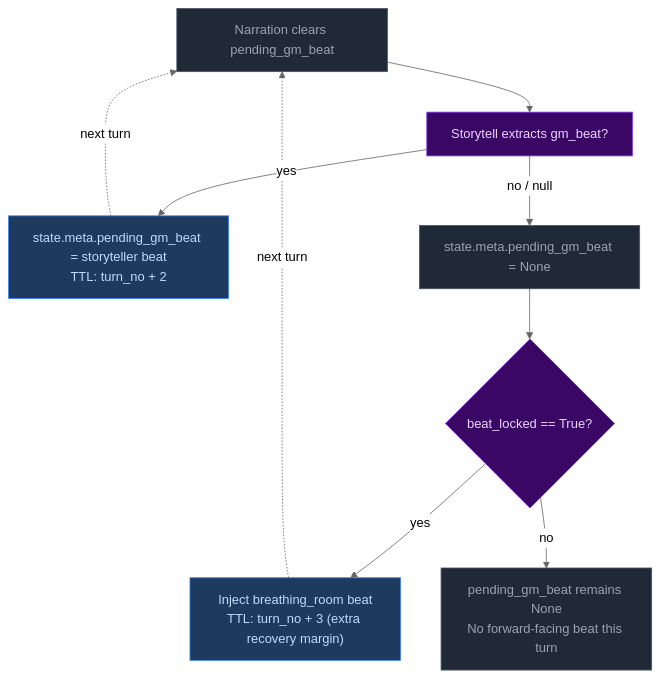
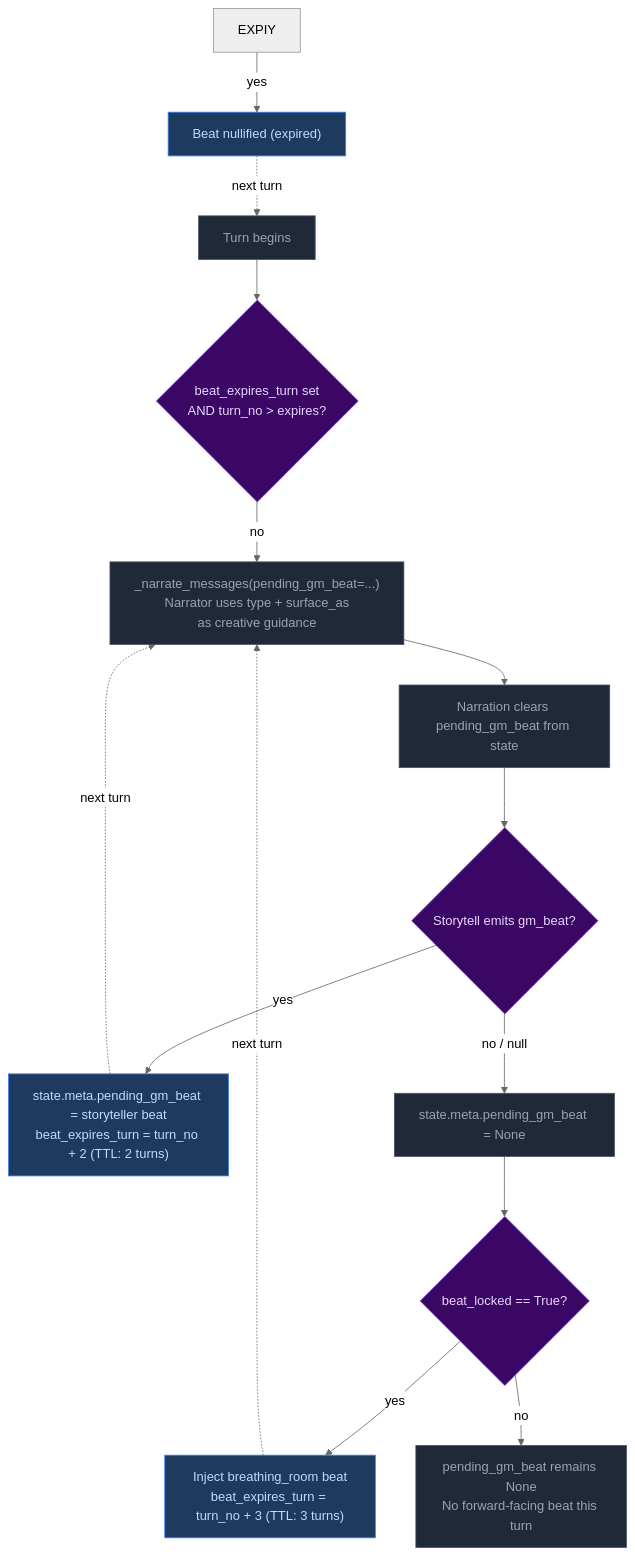
One commit to pww217/fablethread changed the second of 4 diagrams in docs/architecture/step2c-progress.md. Above: the diagram before and after it, drawn with Mermaid (neutral theme). The commit also changed other lines of this file and 6 other files, not shown here.

First line of the commit message:
docs(architecture): fold concept docs into step docs

````diff
--- a/docs/architecture/step2c-progress.md
+++ b/docs/architecture/step2c-progress.md
@@ -79,19 +75,28 @@
 ```mermaid
 flowchart TD
     classDef pyNode fill:#1f2937,color:#9ca3af,stroke:#4b5563
     classDef decision fill:#3b0764,color:#e9d5ff,stroke:#7c3aed
     classDef output fill:#1e3a5f,color:#bfdbfe,stroke:#3b82f6
 
-    NARR["Narration clears pending_gm_beat"]:::pyNode
-    
-    NARR --> STORYLLM["Storytell extracts gm_beat?"]:::decision
-    STORYLLM -- "yes" --> STORED["state.meta.pending_gm_beat = storyteller beat<br>TTL: turn_no + 2"]:::output
-    STORYLLM -- "no / null" --> NULL["state.meta.pending_gm_beat = None"]:::pyNode
-    
-    NULL --> FLOOR{"beat_locked == True?"}:::decision
-    FLOOR -- yes --> BREATHING["Inject breathing_room beat<br>TTL: turn_no + 3 (extra recovery margin)"]:::output
+    START["Turn begins"]:::pyNode --> EXPIRY{"beat_expires_turn set<br>AND turn_no > expires?"}:::decision
+    EXPIY -- yes --> NULLIFIED["Beat nullified (expired)"]:::output
+    EXPIRY -- no --> NARRATE["_narrate_messages(pending_gm_beat=...)<br>Narrator uses type + surface_as<br>as creative guidance"]:::pyNode
+
+    NARRATE --> CLEAR["Narration clears pending_gm_beat from state"]:::pyNode
+
+    CLEAR --> STORYLLM{"Storytell emits gm_beat?"}:::decision
+    STORYLLM -- "yes" --> STORED["state.meta.pending_gm_beat = storyteller beat<br>beat_expires_turn = turn_no + 2 (TTL: 2 turns)"]:::output
+
+    STORYLLM -- "no / null" --> REPLACE["state.meta.pending_gm_beat = None"]:::pyNode
+    REPLACE --> FLOOR{"beat_locked == True?"}:::decision
+    FLOOR -- yes --> BREATHING["Inject breathing_room beat<br>beat_expires_turn = turn_no + 3 (TTL: 3 turns)"]:::output
+
     FLOOR -- no --> EMPTY["pending_gm_beat remains None<br>No forward-facing beat this turn"]:::pyNode
-    
-    STORED -. "next turn" .-> NARR
-    BREATHING -. "next turn" .-> NARR
+    NULLIFIED -. "next turn" .-> START
+    STORED -. "next turn" .-> NARRATE
+    BREATHING -. "next turn" .-> NARRATE
+
+    style EXPIRY fill:#3b0764,color:#e9d5ff,stroke:#7c3aed
+    style STORYLLM fill:#3b0764,color:#e9d5ff,stroke:#7c3aed
+    style FLOOR fill:#3b0764,color:#e9d5ff,stroke:#7c3aed
 ```
````
